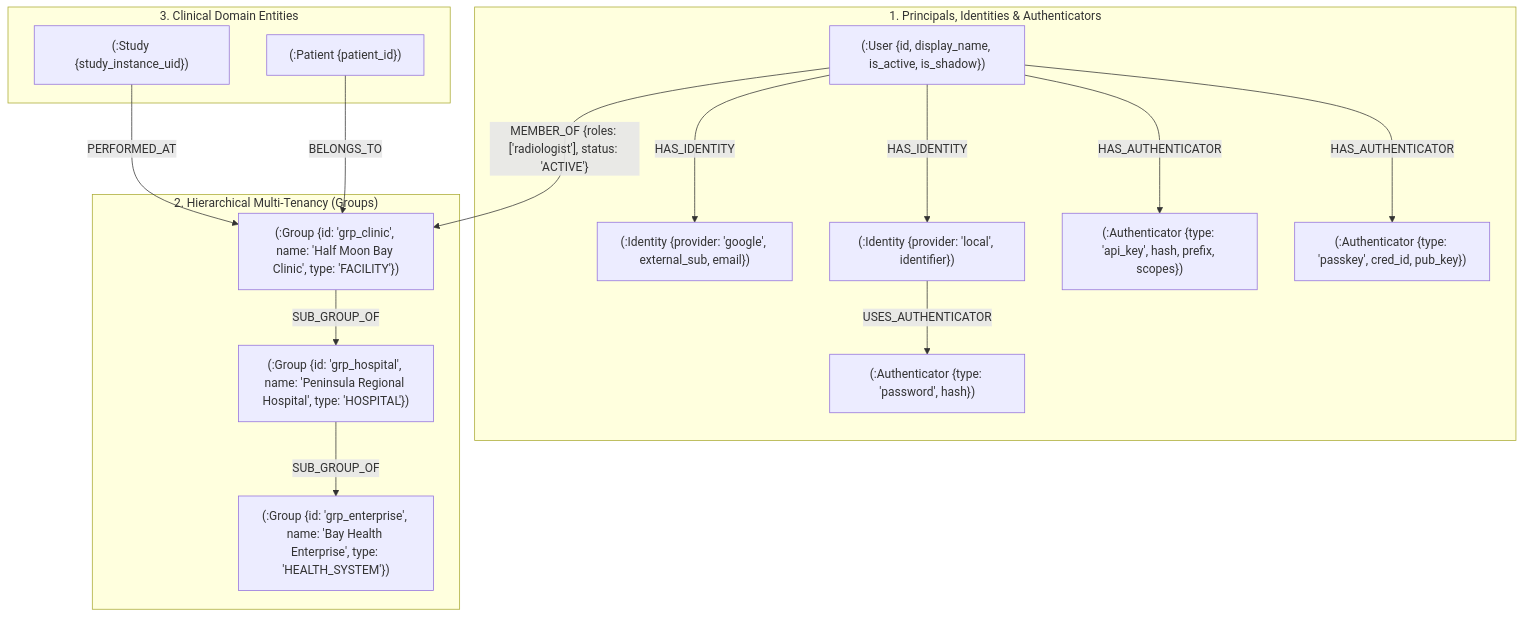
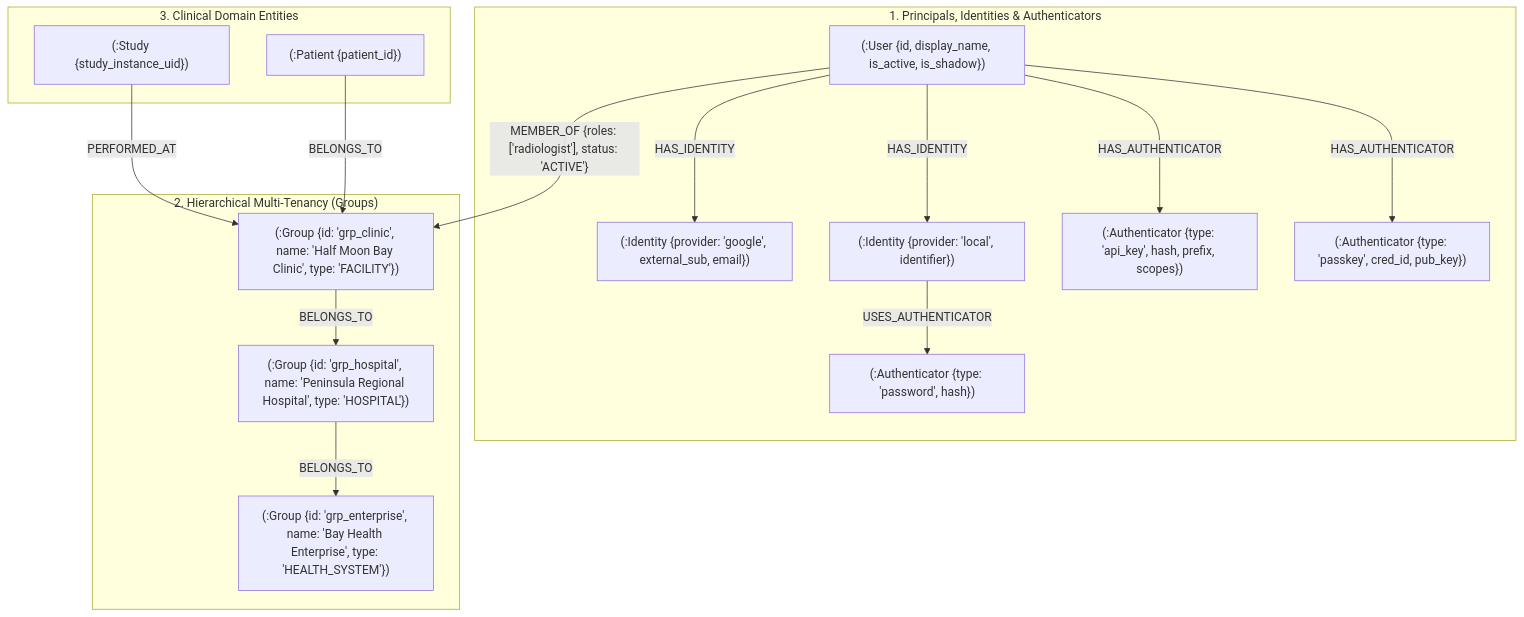
The first of 2 diagrams in docs/design/gsgs_060_authentication_authorization.md (gosmart-health/gosmart-graphite), drawn with Mermaid before and after one commit. The commit also changed other lines of this file and 30 other files, not shown here.

````diff
--- a/docs/design/gsgs_060_authentication_authorization.md
+++ b/docs/design/gsgs_060_authentication_authorization.md
@@ -25,36 +25,36 @@
 ```mermaid
 graph TD
     subgraph IdentityLayer["1. Principals, Identities & Authenticators"]
         User["(:User {id, display_name, is_active, is_shadow})"]
         IdGoogle["(:Identity {provider: 'google', external_sub, email})"]
         IdLocal["(:Identity {provider: 'local', identifier})"]
         AuthPass["(:Authenticator {type: 'password', hash})"]
         AuthAPIKey["(:Authenticator {type: 'api_key', hash, prefix, scopes})"]
         AuthPasskey["(:Authenticator {type: 'passkey', cred_id, pub_key})"]
 
         User -->|HAS_IDENTITY| IdGoogle
         User -->|HAS_IDENTITY| IdLocal
         IdLocal -->|USES_AUTHENTICATOR| AuthPass
         User -->|HAS_AUTHENTICATOR| AuthAPIKey
         User -->|HAS_AUTHENTICATOR| AuthPasskey
     end
 
     subgraph OrgStructure["2. Hierarchical Multi-Tenancy (Groups)"]
         TopGroup["(:Group {id: 'grp_enterprise', name: 'Bay Health Enterprise', type: 'HEALTH_SYSTEM'})"]
         HospGroup["(:Group {id: 'grp_hospital', name: 'Peninsula Regional Hospital', type: 'HOSPITAL'})"]
         ClinicGroup["(:Group {id: 'grp_clinic', name: 'Half Moon Bay Clinic', type: 'FACILITY'})"]
 
-        HospGroup -->|SUB_GROUP_OF| TopGroup
-        ClinicGroup -->|SUB_GROUP_OF| HospGroup
+        HospGroup -->|BELONGS_TO| TopGroup
+        ClinicGroup -->|BELONGS_TO| HospGroup
 
         User -->|"MEMBER_OF {roles: ['radiologist'], status: 'ACTIVE'}"| ClinicGroup
     end
 
     subgraph DicomDomain["3. Clinical Domain Entities"]
         StudyNode["(:Study {study_instance_uid})"]
         PatientNode["(:Patient {patient_id})"]
 
         StudyNode -->|PERFORMED_AT| ClinicGroup
         PatientNode -->|BELONGS_TO| ClinicGroup
     end
 ```
````
